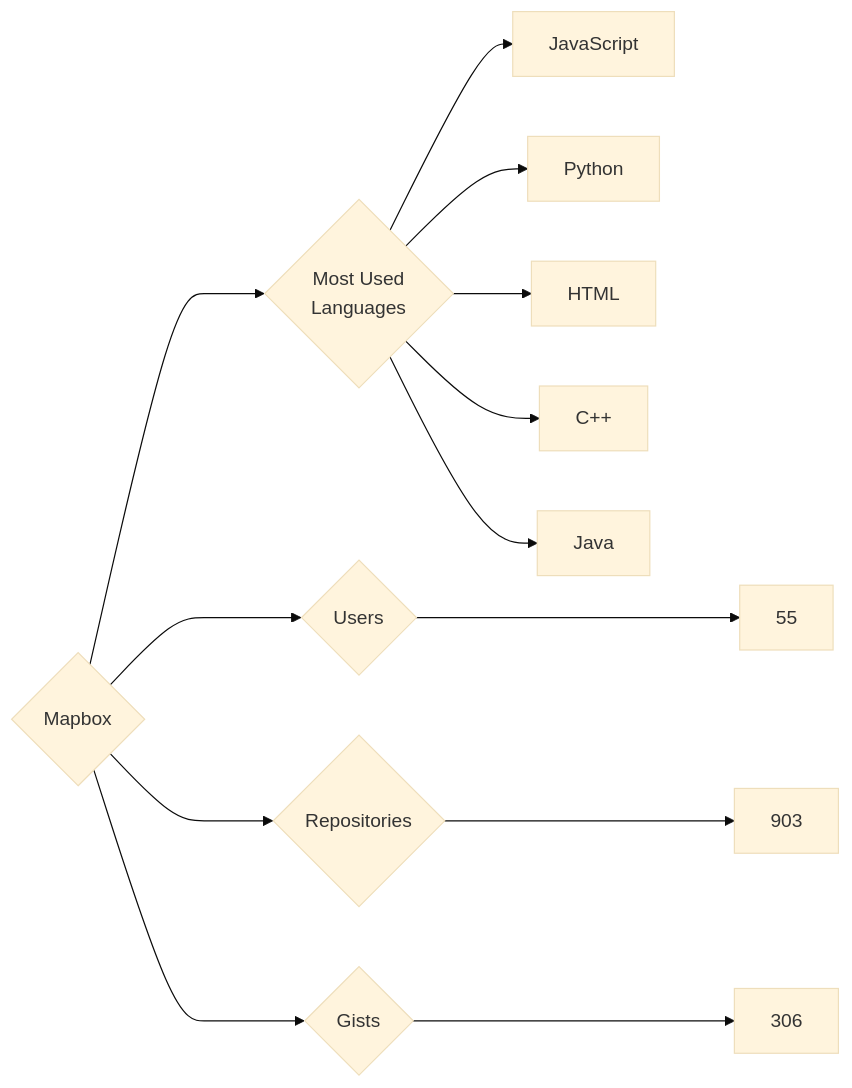
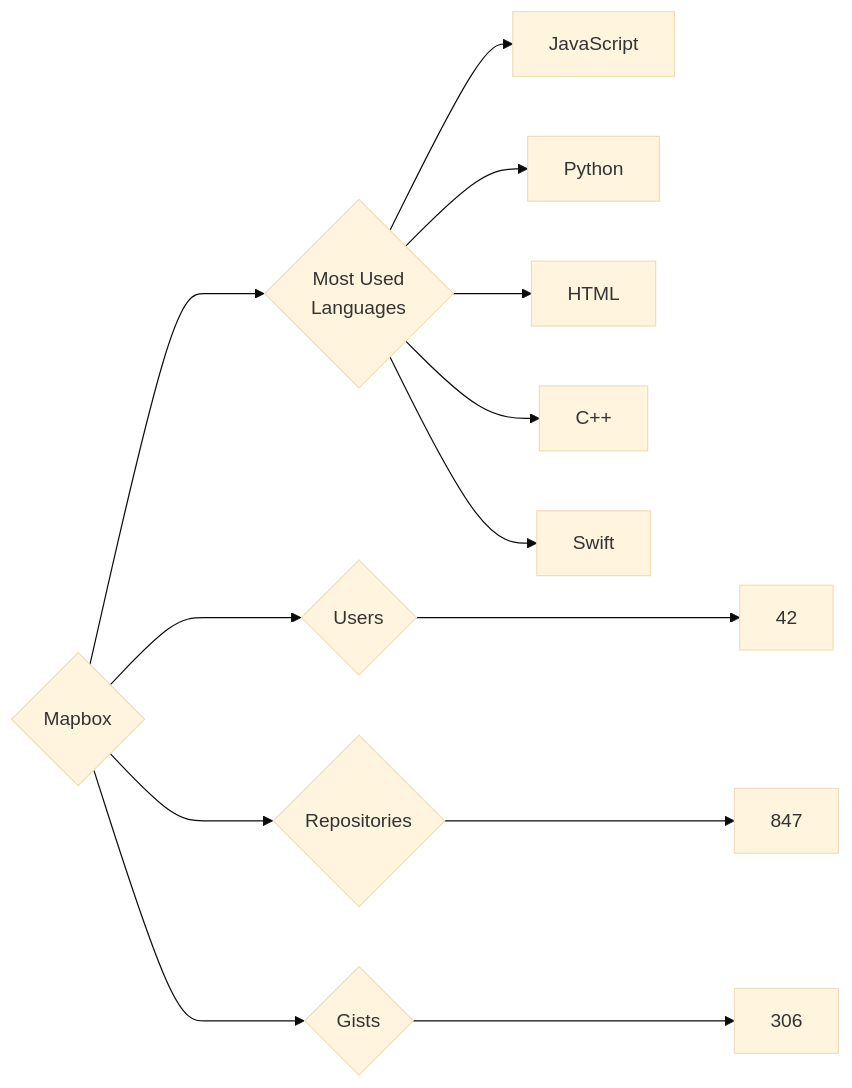
The diagram in targets/Mapbox/README.md (trickest/insiders), drawn with Mermaid (base theme) before and after one commit. The commit also changed 914 other files, not shown here.

````diff
--- a/targets/Mapbox/README.md
+++ b/targets/Mapbox/README.md
@@ -3,13 +3,13 @@
 ```mermaid
 graph LR
 COMPANY_NAME{Mapbox}
-COMPANY_NAME ---> U{Users} ---> UN[55]
-COMPANY_NAME ---> R{Repositories} ---> RN[903]
+COMPANY_NAME ---> U{Users} ---> UN[42]
+COMPANY_NAME ---> R{Repositories} ---> RN[847]
 COMPANY_NAME ---> G{Gists} ---> GN[306]
 COMPANY_NAME ---> ML{Most Used<br>Languages}
 ML --> JavaScript[JavaScript]
 ML --> Python[Python]
 ML --> HTML[HTML]
 ML --> C++[C++]
-ML --> Java[Java]
+ML --> Swift[Swift]
 ```
````
